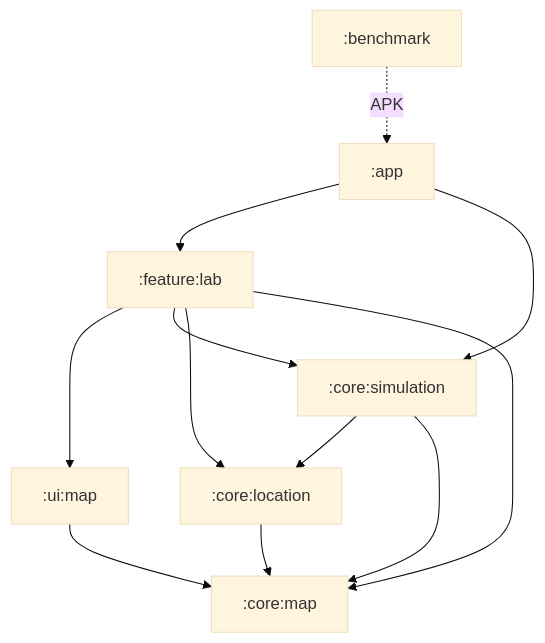
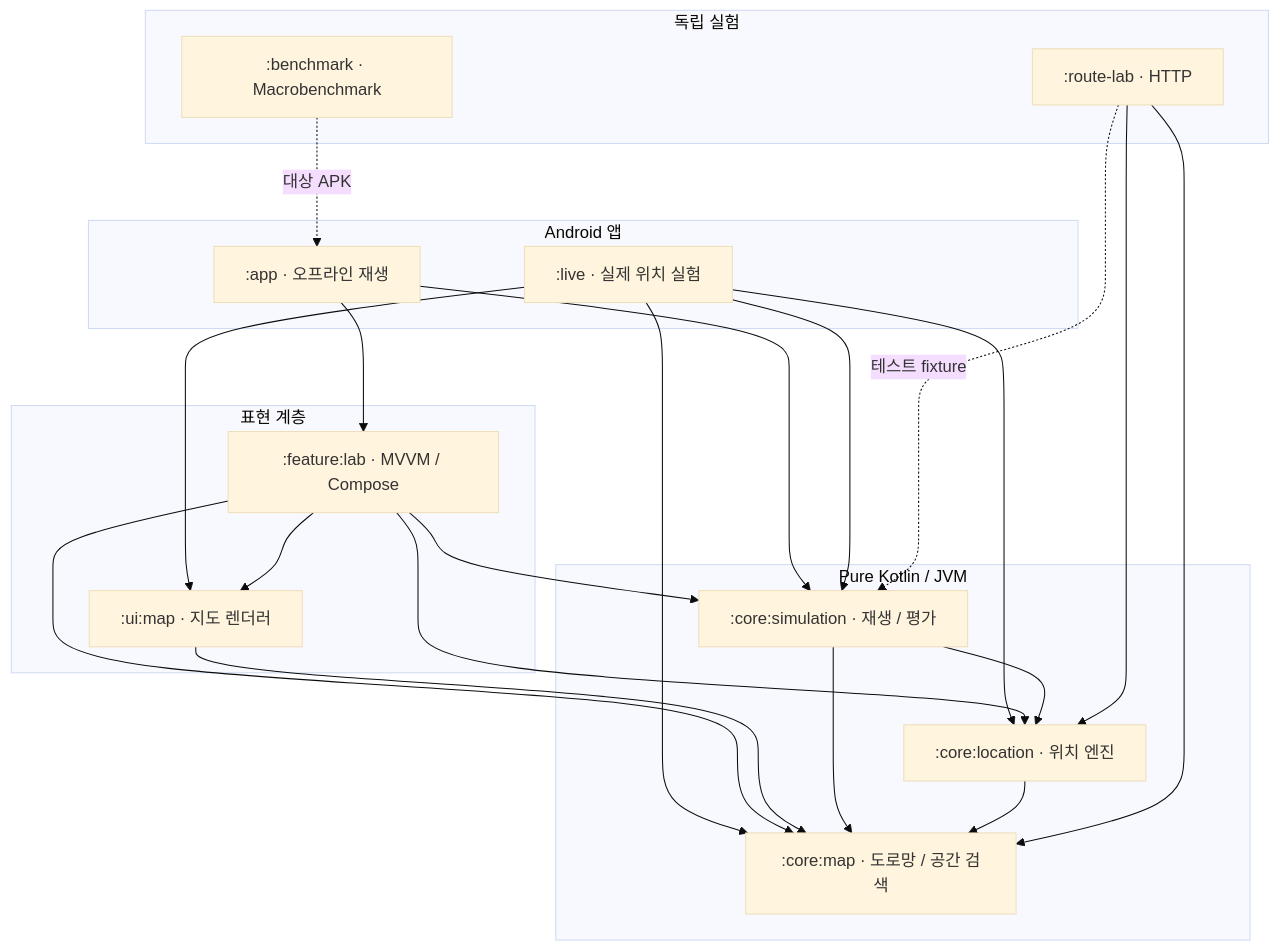
Before and after one commit to CodingBot000/AndroidLocaltionRecovery: the diagram in README.md, drawn with Mermaid (base theme). The commit also changed other lines of this file and 17 other files, not shown here.

Commit message:
docs: reorganize architecture, engineering results and verification guides

````diff
--- a/README.md
+++ b/README.md
@@ -42,14 +25,29 @@
 ```mermaid
 flowchart TD
-    A[":app"] --> F[":feature:lab"]
-    A --> S[":core:simulation"]
-    F --> U[":ui:map"]
-    F --> S
-    F --> L[":core:location"]
-    F --> M[":core:map"]
+    subgraph Apps["Android 앱"]
+        A[":app · 오프라인 재생"]
+        B[":live · 실제 위치 실험"]
+    end
+    subgraph UI["표현 계층"]
+        F[":feature:lab · MVVM / Compose"]
+        U[":ui:map · 지도 렌더러"]
+    end
+    subgraph Core["Pure Kotlin / JVM"]
+        S[":core:simulation · 재생 / 평가"]
+        L[":core:location · 위치 엔진"]
+        M[":core:map · 도로망 / 공간 검색"]
+    end
+    subgraph Labs["독립 실험"]
+        R[":route-lab · HTTP"]
+        Q[":benchmark · Macrobenchmark"]
+    end
+    A --> F & S
+    B --> U & S & L & M
+    F --> U & S & L & M
     U --> M
-    S --> L
-    S --> M
+    S --> L & M
     L --> M
-    B[":benchmark"] -. APK .-> A
+    R --> L & M
+    R -. 테스트 fixture .-> S
+    Q -. 대상 APK .-> A
 ```
````
